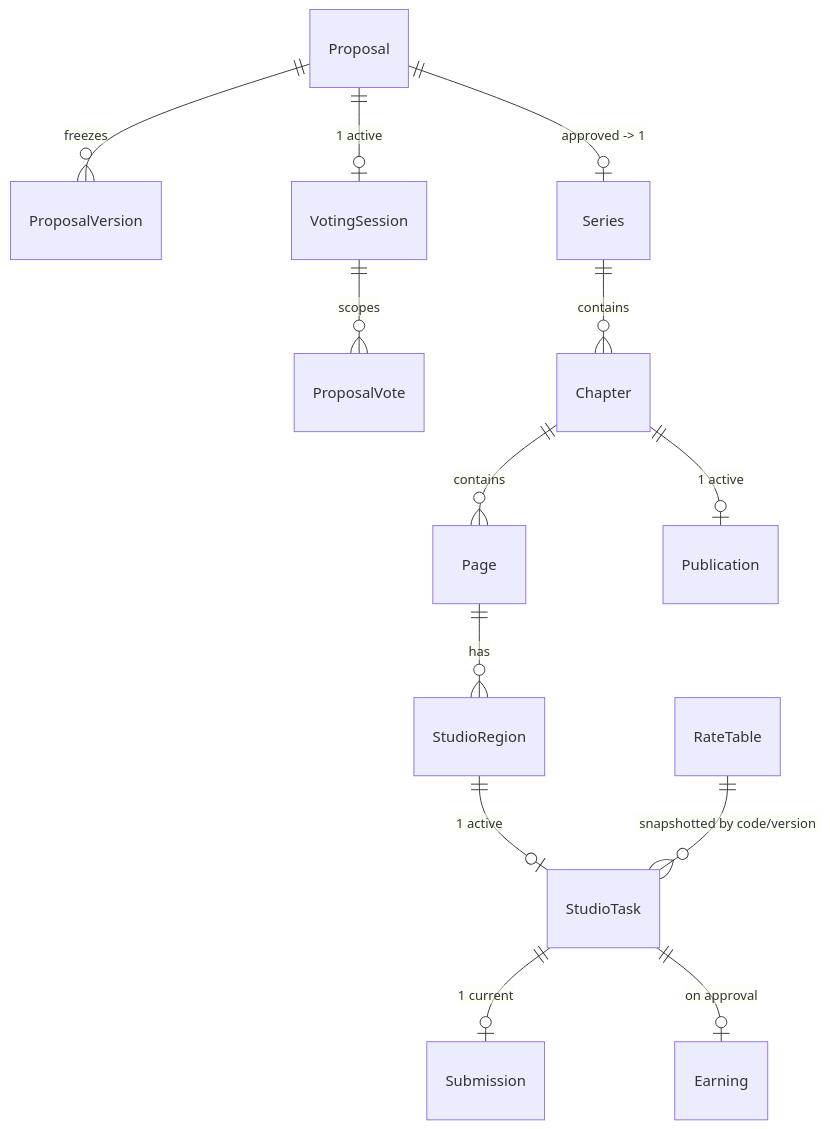
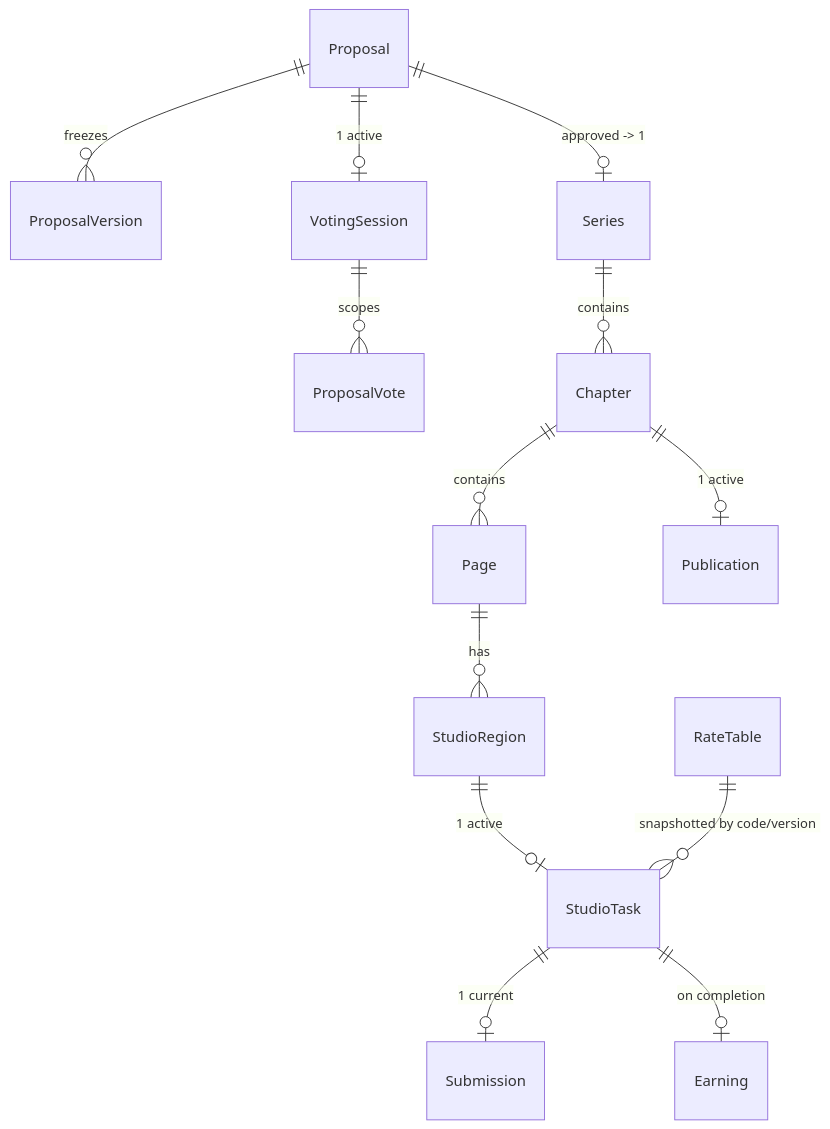
Before and after one commit to ntu254/MangaFlow: the third of 3 diagrams in docs/DESIGN.md, drawn with Mermaid. The commit also changed other lines of this file and 5 other files, not shown here.

Commit message:
docs: sync business flows and master doc to earn-at-COMPLETE model

````diff
--- a/docs/DESIGN.md
+++ b/docs/DESIGN.md
@@ -174,15 +174,15 @@
 ```mermaid
 erDiagram
     Proposal ||--o{ ProposalVersion : freezes
     Proposal ||--o| VotingSession : "1 active"
     VotingSession ||--o{ ProposalVote : scopes
     Proposal ||--o| Series : "approved -> 1"
     Series ||--o{ Chapter : contains
     Chapter ||--o{ Page : contains
     Page ||--o{ StudioRegion : has
     StudioRegion ||--o| StudioTask : "1 active"
     StudioTask ||--o| Submission : "1 current"
     Chapter ||--o| Publication : "1 active"
-    StudioTask ||--o| Earning : "on approval"
+    StudioTask ||--o| Earning : "on completion"
     RateTable ||--o{ StudioTask : "snapshotted by code/version"
 ```
````
